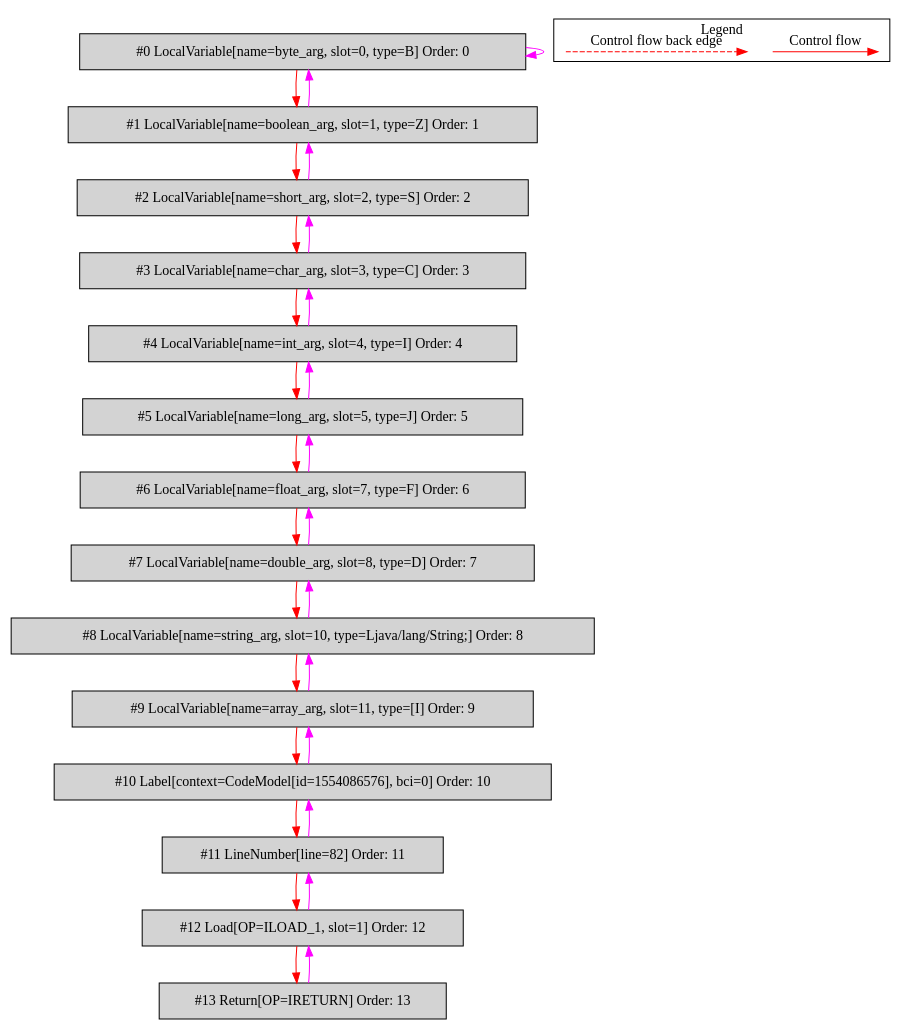
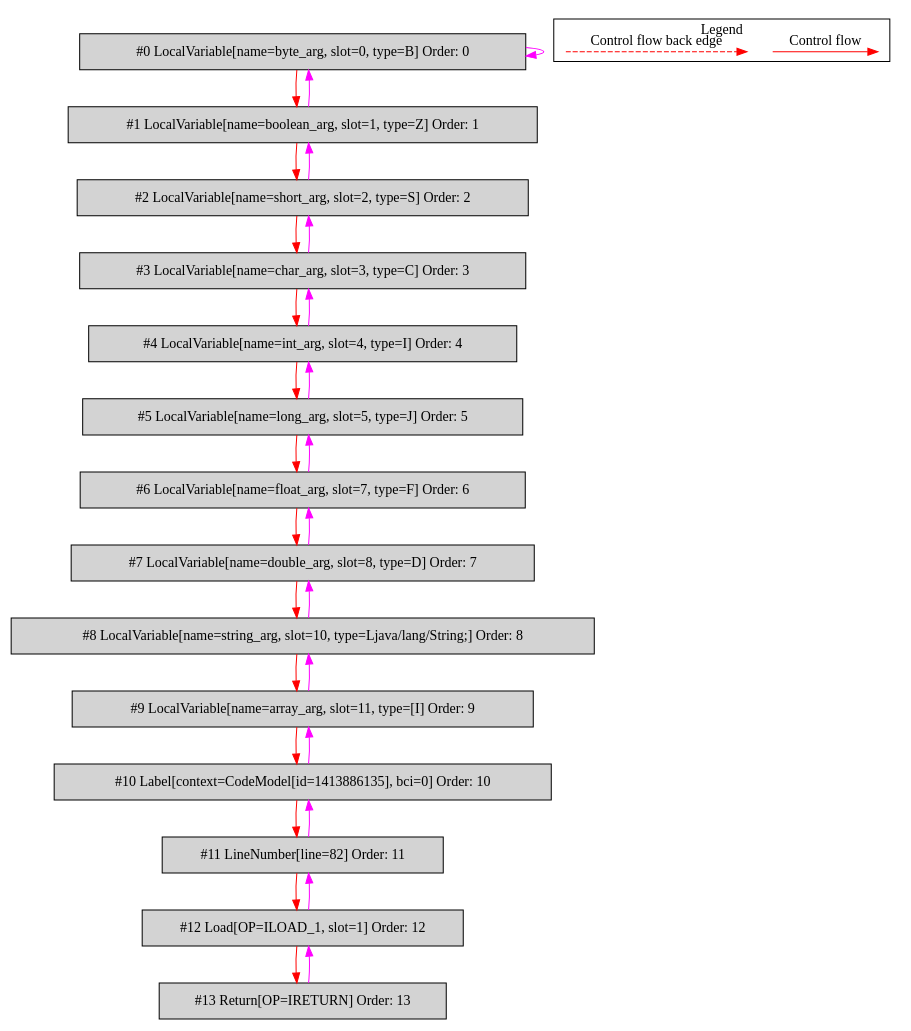
The diagram in de.mirkosertic.metair.ir.examples.MethodInvokeTest/simple_method_return_boolean/bytecodecfg.dot (mirkosertic/MetaIR), drawn with Graphviz before and after one commit. The commit also changed 1204 other files, not shown here.

```diff
--- a/de.mirkosertic.metair.ir.examples.MethodInvokeTest/simple_method_return_boolean/bytecodecfg.dot
+++ b/de.mirkosertic.metair.ir.examples.MethodInvokeTest/simple_method_return_boolean/bytecodecfg.dot
@@ -1,58 +1,58 @@
 digraph {
  ordering="in";
  node0[label="#0 LocalVariable[name=byte_arg, slot=0, type=B] Order: 0", shape=box, fillcolor=lightgrey, style=filled];
  node1[label="#1 LocalVariable[name=boolean_arg, slot=1, type=Z] Order: 1", shape=box, fillcolor=lightgrey, style=filled];
  node2[label="#2 LocalVariable[name=short_arg, slot=2, type=S] Order: 2", shape=box, fillcolor=lightgrey, style=filled];
  node3[label="#3 LocalVariable[name=char_arg, slot=3, type=C] Order: 3", shape=box, fillcolor=lightgrey, style=filled];
  node4[label="#4 LocalVariable[name=int_arg, slot=4, type=I] Order: 4", shape=box, fillcolor=lightgrey, style=filled];
  node5[label="#5 LocalVariable[name=long_arg, slot=5, type=J] Order: 5", shape=box, fillcolor=lightgrey, style=filled];
  node6[label="#6 LocalVariable[name=float_arg, slot=7, type=F] Order: 6", shape=box, fillcolor=lightgrey, style=filled];
  node7[label="#7 LocalVariable[name=double_arg, slot=8, type=D] Order: 7", shape=box, fillcolor=lightgrey, style=filled];
  node8[label="#8 LocalVariable[name=string_arg, slot=10, type=Ljava/lang/String;] Order: 8", shape=box, fillcolor=lightgrey, style=filled];
  node9[label="#9 LocalVariable[name=array_arg, slot=11, type=[I] Order: 9", shape=box, fillcolor=lightgrey, style=filled];
- node10[label="#10 Label[context=CodeModel[id=1554086576], bci=0] Order: 10", shape=box, fillcolor=lightgrey, style=filled];
+ node10[label="#10 Label[context=CodeModel[id=1413886135], bci=0] Order: 10", shape=box, fillcolor=lightgrey, style=filled];
  node11[label="#11 LineNumber[line=82] Order: 11", shape=box, fillcolor=lightgrey, style=filled];
  node12[label="#12 Load[OP=ILOAD_1, slot=1] Order: 12", shape=box, fillcolor=lightgrey, style=filled];
  node13[label="#13 Return[OP=IRETURN] Order: 13", shape=box, fillcolor=lightgrey, style=filled];
  node0 -> node0[color=fuchsia];
  node0 -> node1[color=red];
  node1 -> node0[color=fuchsia];
  node1 -> node2[color=red];
  node2 -> node1[color=fuchsia];
  node2 -> node3[color=red];
  node3 -> node2[color=fuchsia];
  node3 -> node4[color=red];
  node4 -> node3[color=fuchsia];
  node4 -> node5[color=red];
  node5 -> node4[color=fuchsia];
  node5 -> node6[color=red];
  node6 -> node5[color=fuchsia];
  node6 -> node7[color=red];
  node7 -> node6[color=fuchsia];
  node7 -> node8[color=red];
  node8 -> node7[color=fuchsia];
  node8 -> node9[color=red];
  node9 -> node8[color=fuchsia];
  node9 -> node10[color=red];
  node10 -> node9[color=fuchsia];
  node10 -> node11[color=red];
  node11 -> node10[color=fuchsia];
  node11 -> node12[color=red];
  node12 -> node11[color=fuchsia];
  node12 -> node13[color=red];
  node13 -> node12[color=fuchsia];
  subgraph cluster_000 {
   label = "Legend";
   node [shape=point]
   {
    rank=same;
    c0 [style = invis];
    c1 [style = invis];
    c2 [style = invis];
    c3 [style = invis];
   }
   c0 -> c1 [label="Control flow", style=solid, color=red]
   c2 -> c3 [label="Control flow back edge", style=dashed, color=red]
  }
 
 }
```
